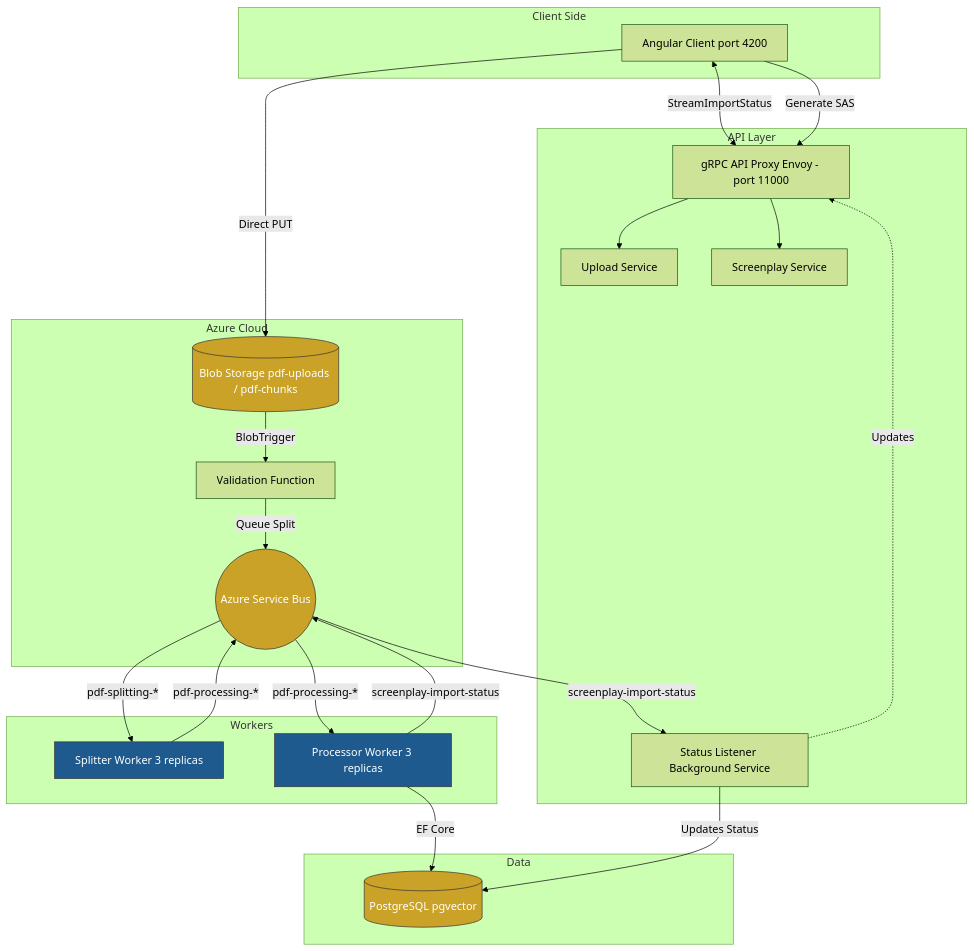
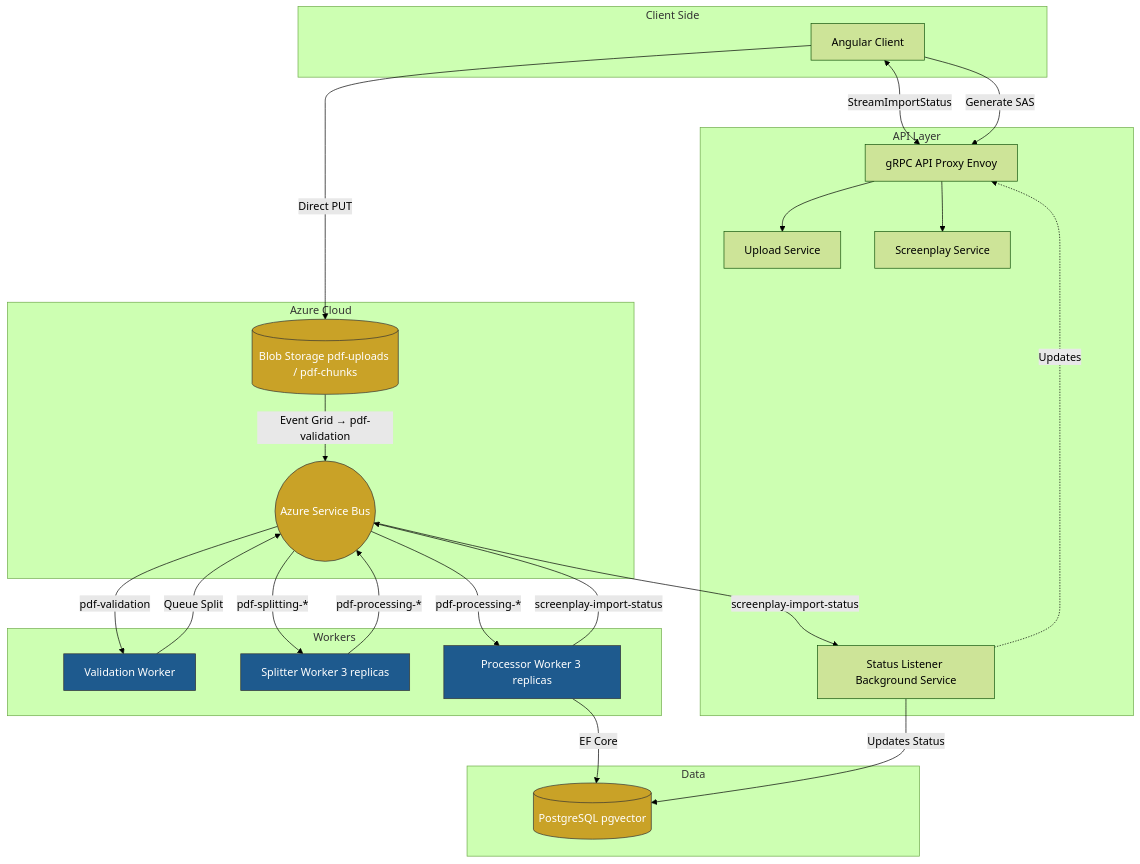
The eighth of 8 diagrams in README.md (duncan-G/ThePlot), drawn with Mermaid (forest theme) before and after one commit. The commit also changed other lines of this file and 14 other files, not shown here.

Commit message:
replace validation function with validation worker for improved performance

````diff
--- a/README.md
+++ b/README.md
@@ -178,62 +180,63 @@
 ```mermaid
 flowchart TD
     subgraph Client_Side["Client Side"]
-        Client[Angular Client port 4200]
+        Client[Angular Client]
     end
 
     subgraph API_Layer["API Layer"]
-        Envoy[gRPC API Proxy Envoy - port 11000]
+        Envoy[gRPC API Proxy Envoy]
         UploadSvc[Upload Service]
         ScreenplaySvc[Screenplay Service]
         StatusListener[Status Listener Background Service]
     end
 
     subgraph Azure_Cloud["Azure Cloud"]
         Blob[(Blob Storage pdf-uploads / pdf-chunks)]
-        Func[Validation Function]
         ASB((Azure Service Bus))
     end
 
     subgraph Workers["Workers"]
+        Val[Validation Worker]
         Splitter[Splitter Worker 3 replicas]
         Processor[Processor Worker 3 replicas]
     end
 
     subgraph Data["Data"]
         DB[(PostgreSQL pgvector)]
     end
 
     %% Force strict vertical stacking of layers
     Client ~~~ Envoy
     UploadSvc ~~~ Blob
-    ASB ~~~ Splitter
+    ASB ~~~ Val
     Processor ~~~ DB
 
     %% Network / Client Flows
     Client -- "StreamImportStatus" <--> Envoy
     Client -- "Generate SAS" --> Envoy
     Client -- "Direct PUT" --> Blob
 
     Envoy --> UploadSvc
     Envoy --> ScreenplaySvc
     StatusListener -. "Updates" .-> Envoy
 
     %% Event & Queue Flows
-    Blob -- "BlobTrigger" --> Func
-    Func -- "Queue Split" --> ASB
+    Blob -- "Event Grid → pdf-validation" --> ASB
+    ASB -- "pdf-validation" --> Val
+    Val -- "Queue Split" --> ASB
 
     ASB -- "pdf-splitting-*" --> Splitter
     Splitter -- "pdf-processing-*" --> ASB
     ASB -- "pdf-processing-*" --> Processor
     Processor -- "screenplay-import-status" --> ASB
     ASB -- "screenplay-import-status" --> StatusListener
 
     %% Data Flows
     Processor -- "EF Core" --> DB
     StatusListener -- "Updates Status" --> DB
     
     classDef storage fill:#c9a227,stroke:#333,color:#fff;
     classDef worker fill:#1e5a8e,stroke:#333,color:#fff;
     class Blob,DB,ASB storage;
-    class Splitter,Processor worker;
+    class Val,Splitter,Processor worker;
 ```
````
